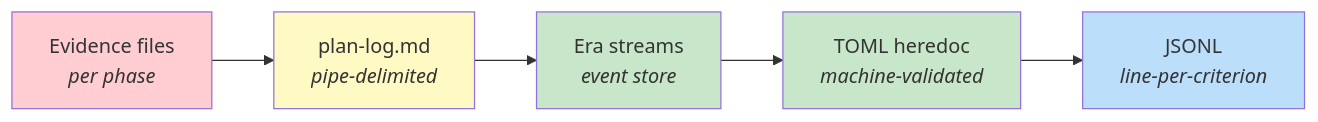
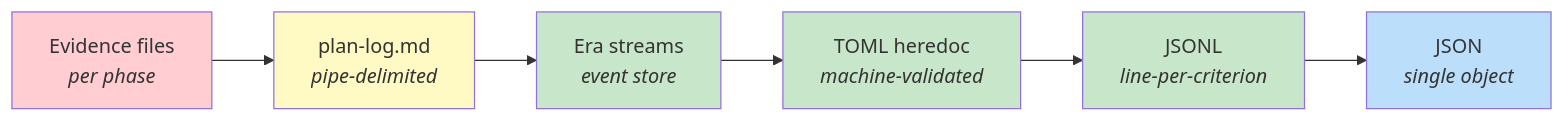
The third of 6 diagrams in docs/evolution.md (binaryphile/tandem-protocol), drawn with Mermaid before and after one commit. The commit also changed other lines of this file and 9 other files, not shown here.

Commit message:
feat: migrate event payloads from JSONL heredocs to single-line JSON

````diff
--- a/docs/evolution.md
+++ b/docs/evolution.md
@@ -200,13 +207,15 @@
 ```mermaid
 flowchart LR
     A["Evidence files<br/><i>per phase</i>"] --> B["plan-log.md<br/><i>pipe-delimited</i>"]
     B --> C["Era streams<br/><i>event store</i>"]
     C --> D["TOML heredoc<br/><i>machine-validated</i>"]
     D --> E["JSONL<br/><i>line-per-criterion</i>"]
+    E --> F["JSON<br/><i>single object</i>"]
 
     style A fill:#ffcdd2
     style B fill:#fff9c4
     style C fill:#c8e6c9
     style D fill:#c8e6c9
-    style E fill:#bbdefb
+    style E fill:#c8e6c9
+    style F fill:#bbdefb
 ```
````
